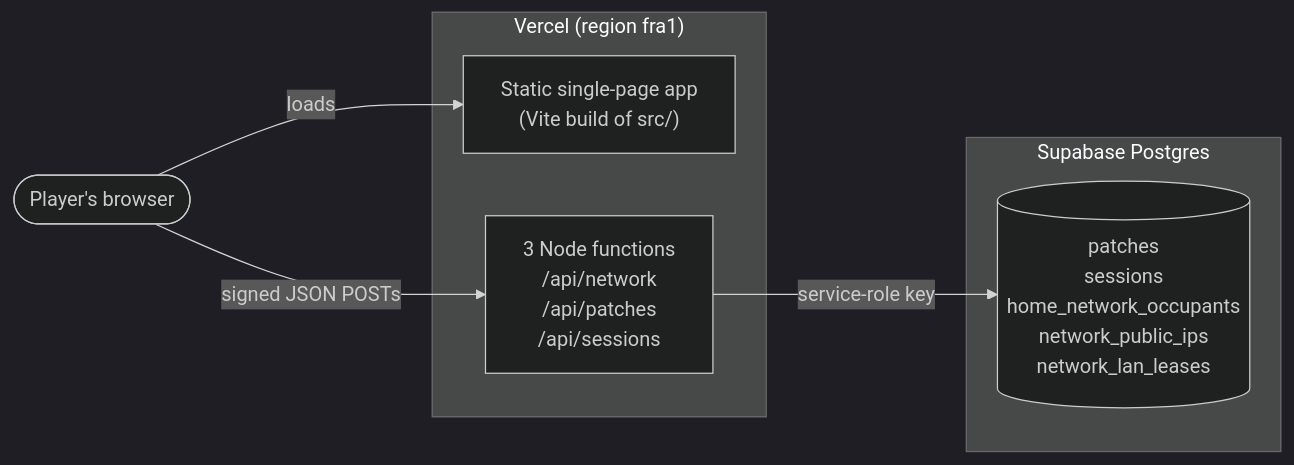
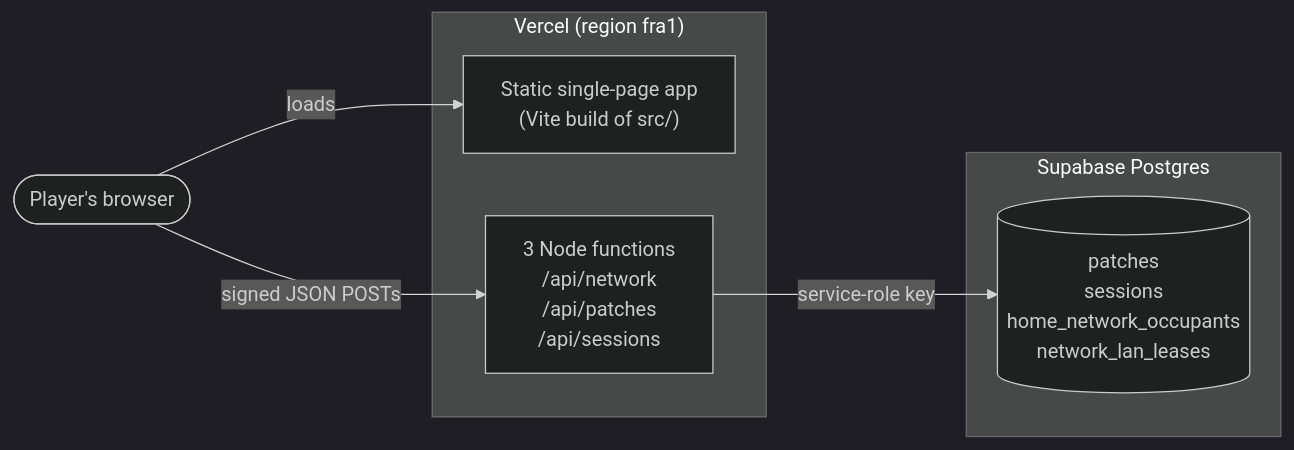
The first of 3 diagrams in docs/handbook/01-architecture.md (jscriptcoder/jshack.me), drawn with Mermaid (dark theme) before and after one commit. The commit also changed 30 other files, not shown here.

````diff
--- a/docs/handbook/01-architecture.md
+++ b/docs/handbook/01-architecture.md
@@ -21,14 +21,14 @@
 ```mermaid
 flowchart LR
   Player(["Player's browser"])
   subgraph Vercel["Vercel (region fra1)"]
     SPA["Static single-page app<br/>(Vite build of src/)"]
     FN["3 Node functions<br/>/api/network<br/>/api/patches<br/>/api/sessions"]
   end
   subgraph Supabase["Supabase Postgres"]
-    DB[("patches<br/>sessions<br/>home_network_occupants<br/>network_public_ips<br/>network_lan_leases")]
+    DB[("patches<br/>sessions<br/>home_network_occupants<br/>network_lan_leases")]
   end
   Player -->|"loads"| SPA
   Player -->|"signed JSON POSTs"| FN
   FN -->|"service-role key"| DB
 ```
````
